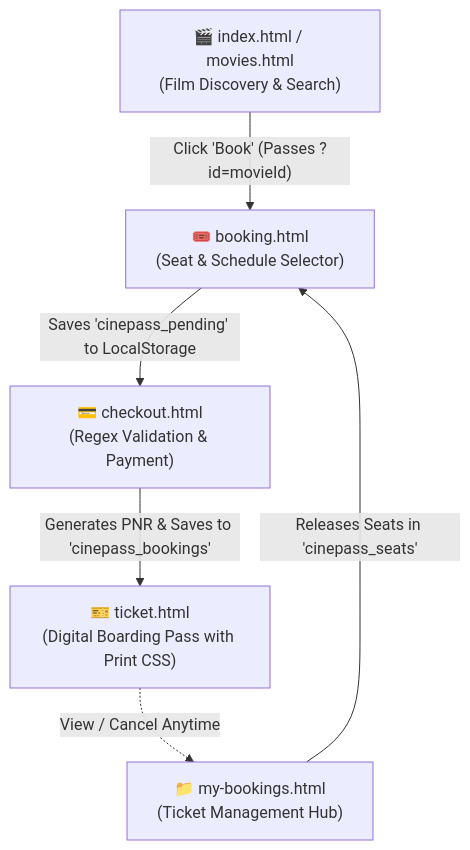
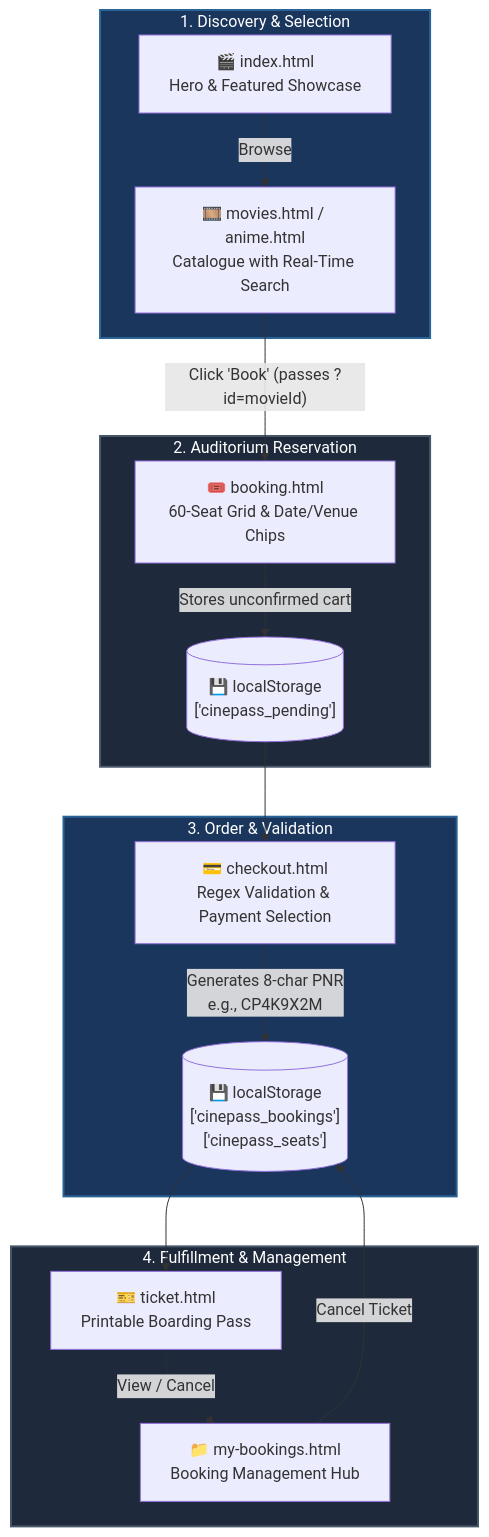
One commit to ishangupta1412/CinePass changed the diagram in README.md. Above: the diagram before and after it, drawn with Mermaid. The commit also changed other lines of this file, not shown here.

Commit message:
Refine README: align branding, eliminate redundant icon rows, and enhance architectural documentation

````diff
--- a/README.md
+++ b/README.md
@@ -88,8 +101,27 @@
 ```mermaid
 flowchart TD
-    A["🎬 index.html / movies.html<br/>(Film Discovery & Search)"] -->|"Click 'Book' (Passes ?id=movieId)"| B["🎟️ booking.html<br/>(Seat & Schedule Selector)"]
-    B -->|"Saves 'cinepass_pending' to LocalStorage"| C["💳 checkout.html<br/>(Regex Validation & Payment)"]
-    C -->|"Generates PNR & Saves to 'cinepass_bookings'"| D["🎫 ticket.html<br/>(Digital Boarding Pass with Print CSS)"]
-    D -.->|"View / Cancel Anytime"| E["📁 my-bookings.html<br/>(Ticket Management Hub)"]
-    E -->|"Releases Seats in 'cinepass_seats'"| B
+    subgraph Discovery ["1. Discovery & Selection"]
+        A["🎬 index.html<br/>Hero & Featured Showcase"] -->|"Browse"| B["🎞️ movies.html / anime.html<br/>Catalogue with Real-Time Search"]
+    end
+
+    subgraph Reservation ["2. Auditorium Reservation"]
+        B -->|"Click 'Book' (passes ?id=movieId)"| C["🎟️ booking.html<br/>60-Seat Grid & Date/Venue Chips"]
+        C -->|"Stores unconfirmed cart"| D[("💾 localStorage<br/>['cinepass_pending']")]
+    end
+
+    subgraph Checkout ["3. Order & Validation"]
+        D --> E["💳 checkout.html<br/>Regex Validation & Payment Selection"]
+        E -->|"Generates 8-char PNR<br/>e.g., CP4K9X2M"| F[("💾 localStorage<br/>['cinepass_bookings']<br/>['cinepass_seats']")]
+    end
+
+    subgraph Fulfillment ["4. Fulfillment & Management"]
+        F --> G["🎫 ticket.html<br/>Printable Boarding Pass"]
+        G -.->|"View / Cancel"| H["📁 my-bookings.html<br/>Booking Management Hub"]
+        H -->|"Cancel Ticket"| F
+    end
+
+    style Discovery fill:#1B365D,stroke:#2A6496,stroke-width:2px,color:#fff
+    style Reservation fill:#1E293B,stroke:#475569,stroke-width:2px,color:#fff
+    style Checkout fill:#1B365D,stroke:#2A6496,stroke-width:2px,color:#fff
+    style Fulfillment fill:#1E293B,stroke:#475569,stroke-width:2px,color:#fff
 ```
````
